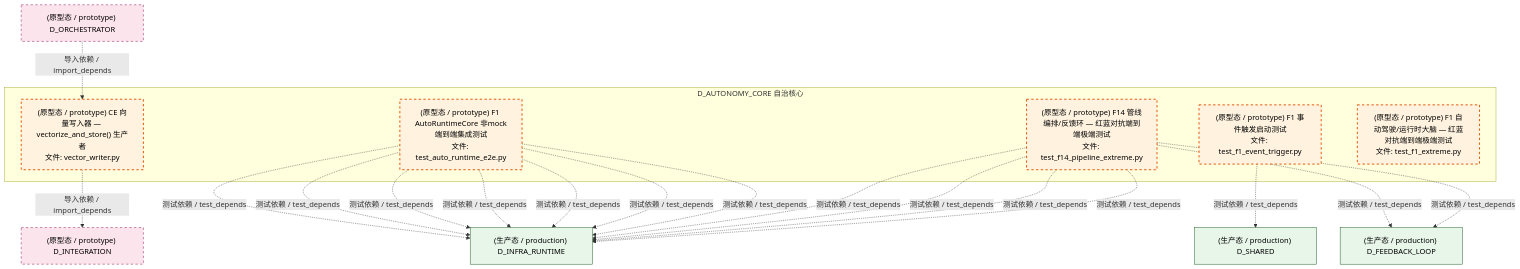
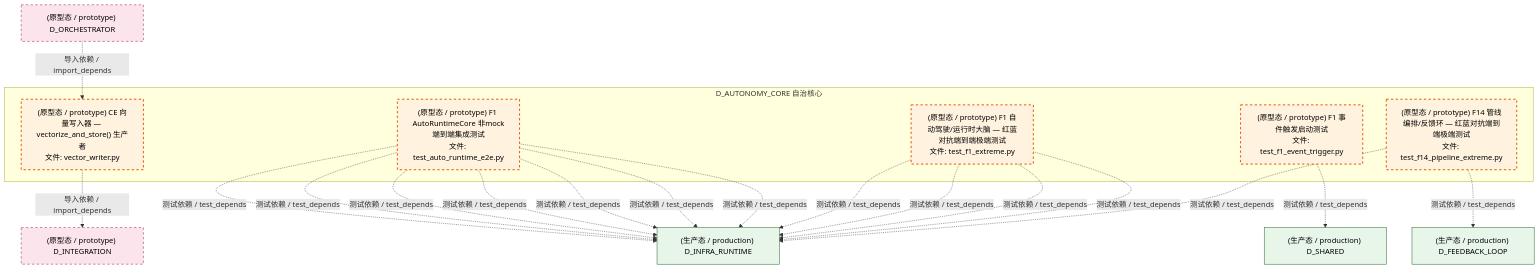
The seventh of 8 diagrams in docs/02_enterprise_architecture/02_domain_architecture_docs/07_d_autonomy_core.md (xuanFelixVan/ZephyrAlpha), drawn with Mermaid before and after one commit. The commit also changed other lines of this file and 98 other files, not shown here.

````diff
--- a/docs/02_enterprise_architecture/02_domain_architecture_docs/07_d_autonomy_core.md
+++ b/docs/02_enterprise_architecture/02_domain_architecture_docs/07_d_autonomy_core.md
@@ -764,38 +764,38 @@
 ```mermaid
 graph TD
     subgraph D_AUTONOMY_CORE["D_AUTONOMY_CORE 自治核心"]
         src_zephyr_integration_vector_memory_vector_writer_py["(原型态 / prototype) CE 向量写入器 — vectorize_and_store() 生产者<br/>文件: vector_writer.py"]
         tests_automation_test_auto_runtime_e2e_py["(原型态 / prototype) F1 AutoRuntimeCore 非mock端到端集成测试<br/>文件: test_auto_runtime_e2e.py"]
         tests_f_lifecycle_test_f1_event_trigger_py["(原型态 / prototype) F1 事件触发启动测试<br/>文件: test_f1_event_trigger.py"]
         tests_trading_extreme_test_f14_pipeline_extreme_py["(原型态 / prototype) F14 管线编排/反馈环 — 红蓝对抗端到端极端测试<br/>文件: test_f14_pipeline_extreme.py"]
         tests_trading_extreme_test_f1_extreme_py["(原型态 / prototype) F1 自动驾驶/运行时大脑 — 红蓝对抗端到端极端测试<br/>文件: test_f1_extreme.py"]
     end
     D_INTEGRATION["(原型态 / prototype) D_INTEGRATION"]
     src_zephyr_integration_vector_memory_vector_writer_py -.->|导入依赖 / import_depends| D_INTEGRATION
     D_INFRA_RUNTIME["(生产态 / production) D_INFRA_RUNTIME"]
     tests_automation_test_auto_runtime_e2e_py -.->|测试依赖 / test_depends| D_INFRA_RUNTIME
     tests_automation_test_auto_runtime_e2e_py -.->|测试依赖 / test_depends| D_INFRA_RUNTIME
     tests_automation_test_auto_runtime_e2e_py -.->|测试依赖 / test_depends| D_INFRA_RUNTIME
     tests_automation_test_auto_runtime_e2e_py -.->|测试依赖 / test_depends| D_INFRA_RUNTIME
     tests_automation_test_auto_runtime_e2e_py -.->|测试依赖 / test_depends| D_INFRA_RUNTIME
     tests_automation_test_auto_runtime_e2e_py -.->|测试依赖 / test_depends| D_INFRA_RUNTIME
     tests_automation_test_auto_runtime_e2e_py -.->|测试依赖 / test_depends| D_INFRA_RUNTIME
     D_SHARED["(生产态 / production) D_SHARED"]
     tests_f_lifecycle_test_f1_event_trigger_py -.->|测试依赖 / test_depends| D_SHARED
+    tests_trading_extreme_test_f1_extreme_py -.->|测试依赖 / test_depends| D_INFRA_RUNTIME
+    tests_trading_extreme_test_f1_extreme_py -.->|测试依赖 / test_depends| D_INFRA_RUNTIME
+    tests_trading_extreme_test_f1_extreme_py -.->|测试依赖 / test_depends| D_INFRA_RUNTIME
+    tests_trading_extreme_test_f1_extreme_py -.->|测试依赖 / test_depends| D_INFRA_RUNTIME
+    tests_trading_extreme_test_f14_pipeline_extreme_py -.->|测试依赖 / test_depends| D_INFRA_RUNTIME
     D_FEEDBACK_LOOP["(生产态 / production) D_FEEDBACK_LOOP"]
     tests_trading_extreme_test_f14_pipeline_extreme_py -.->|测试依赖 / test_depends| D_FEEDBACK_LOOP
-    tests_trading_extreme_test_f14_pipeline_extreme_py -.->|测试依赖 / test_depends| D_INFRA_RUNTIME
-    tests_trading_extreme_test_f14_pipeline_extreme_py -.->|测试依赖 / test_depends| D_INFRA_RUNTIME
-    tests_trading_extreme_test_f14_pipeline_extreme_py -.->|测试依赖 / test_depends| D_FEEDBACK_LOOP
-    tests_trading_extreme_test_f14_pipeline_extreme_py -.->|测试依赖 / test_depends| D_INFRA_RUNTIME
-    tests_trading_extreme_test_f14_pipeline_extreme_py -.->|测试依赖 / test_depends| D_INFRA_RUNTIME
     D_ORCHESTRATOR["(原型态 / prototype) D_ORCHESTRATOR"]
     D_ORCHESTRATOR -.->|导入依赖 / import_depends| src_zephyr_integration_vector_memory_vector_writer_py
     classDef production fill:#e1f5fe,stroke:#01579b,stroke-width:2px,color:#000
     classDef design fill:#fff3e0,stroke:#e65100,stroke-width:2px,color:#000,stroke-dasharray: 5 5
     classDef external_prod fill:#e8f5e9,stroke:#1b5e20,stroke-width:1px,color:#000
     classDef external_design fill:#fce4ec,stroke:#880e4f,stroke-width:1px,color:#000,stroke-dasharray: 5 5
     class src_zephyr_integration_vector_memory_vector_writer_py,tests_automation_test_auto_runtime_e2e_py,tests_f_lifecycle_test_f1_event_trigger_py,tests_trading_extreme_test_f14_pipeline_extreme_py,tests_trading_extreme_test_f1_extreme_py design
     class D_INFRA_RUNTIME,D_SHARED,D_FEEDBACK_LOOP external_prod
     class D_INTEGRATION,D_ORCHESTRATOR external_design
 ```
````
